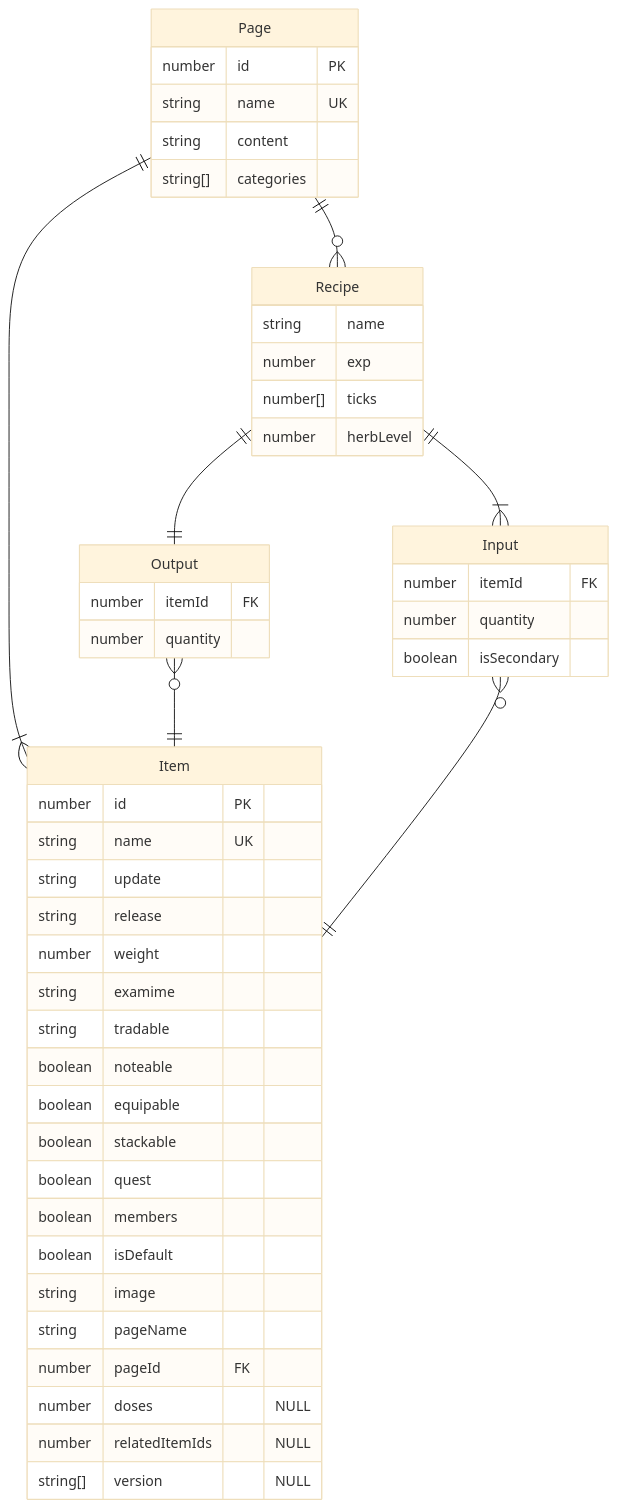
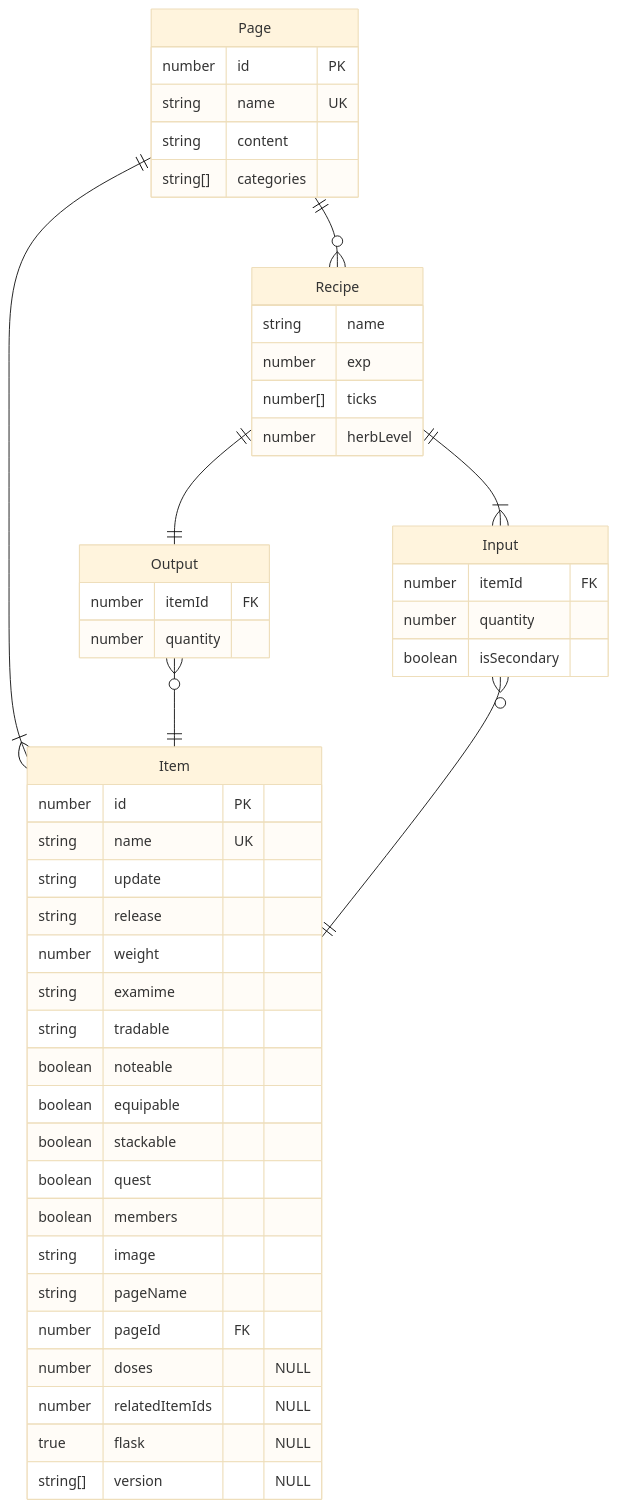
The diagram in docs/ItemERD.md (duke605/botanists-assistant), drawn with Mermaid (base theme) before and after one commit. The commit also changed 1329 other files, not shown here.

````diff
--- a/docs/ItemERD.md
+++ b/docs/ItemERD.md
@@ -2,56 +2,56 @@
 ```mermaid
 erDiagram
   Page ||--|{ Item : ""
   Page ||--o{ Recipe : ""
   Recipe ||--|| Output : ""
   Recipe ||--|{ Input : ""
   Output }o--|| Item : ""
   Input }o--|| Item : ""
 
   Item {
     number id PK
     string name UK
     string update
     string release
     number weight
     string examime
     string tradable
     boolean noteable
     boolean equipable
     boolean stackable
     boolean quest
     boolean members
-    boolean isDefault
     string image
     string pageName
     number pageId FK
     number doses "NULL"
     number relatedItemIds "NULL"
+    true flask "NULL"
     string[] version "NULL"
   }
 
   Page {
     number id PK
     string name UK
     string content
     string[] categories
   }
 
   Recipe {
     string name
     number exp
     number[] ticks
     number herbLevel
   }
 
   Output {
     number itemId FK
     number quantity
   }
 
   Input {
     number itemId FK
     number quantity
     boolean isSecondary
   }
 ```
````
